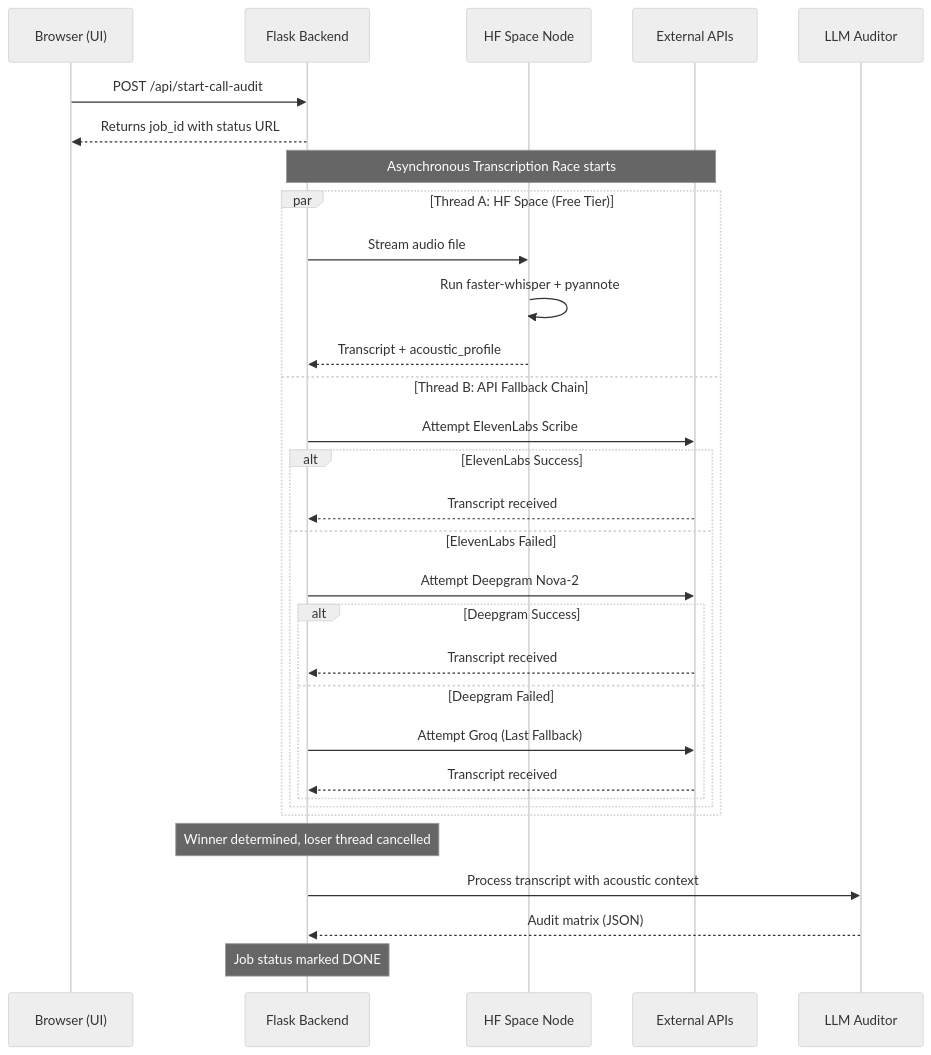
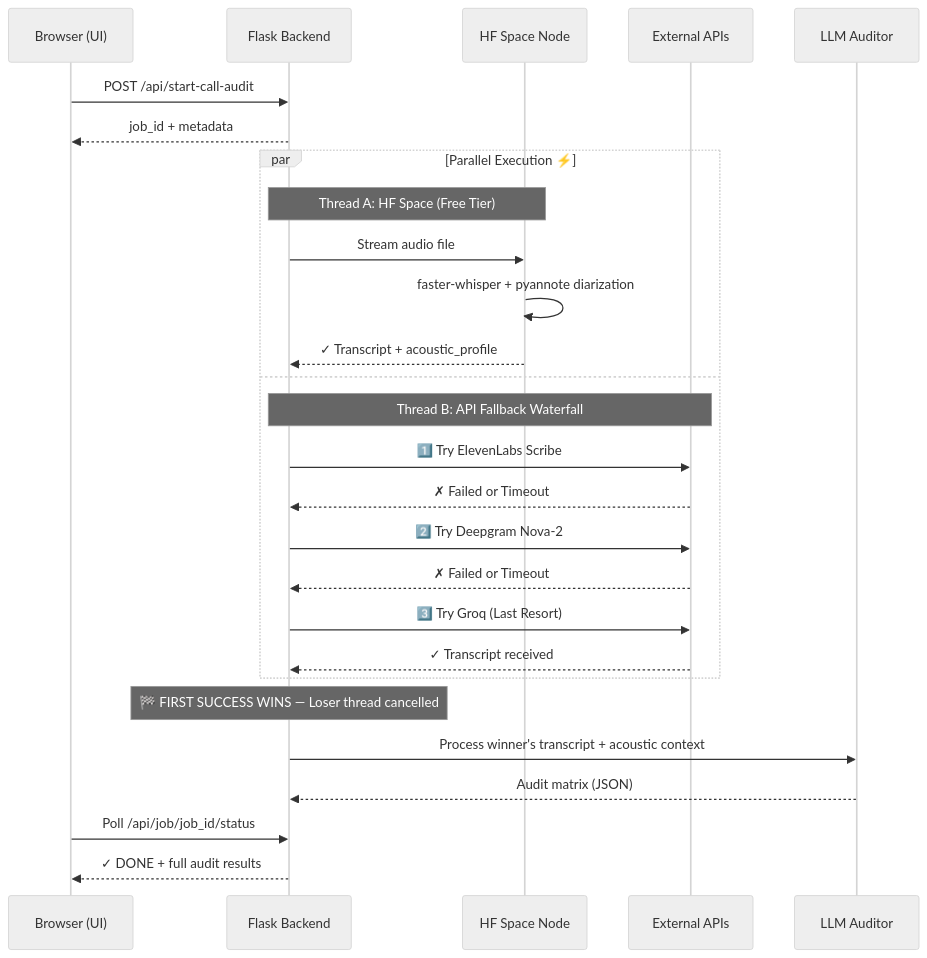
The diagram in README.md (prathamamritkar/genAI-qualityBot), drawn with Mermaid (neutral theme) before and after one commit.

````diff
--- a/README.md
+++ b/README.md
@@ -74,39 +74,34 @@
 ```mermaid
 sequenceDiagram
     participant UI as Browser (UI)
     participant API as Flask Backend
     participant HF as HF Space Node
     participant EXT as External APIs
     participant LLM as LLM Auditor
 
     UI->>API: POST /api/start-call-audit
-    API-->>UI: Returns job_id with status URL
+    API-->>UI: job_id + metadata
     
-    Note over API,EXT: Asynchronous Transcription Race starts
-    
-    par Thread A: HF Space (Free Tier)
+    par Parallel Execution ⚡
+        Note over API,HF: Thread A: HF Space (Free Tier)
         API->>HF: Stream audio file
-        HF->>HF: Run faster-whisper + pyannote
-        HF-->>API: Transcript + acoustic_profile
-    and Thread B: API Fallback Chain
-        API->>EXT: Attempt ElevenLabs Scribe
-        alt ElevenLabs Success
-            EXT-->>API: Transcript received
-        else ElevenLabs Failed
-            API->>EXT: Attempt Deepgram Nova-2
-            alt Deepgram Success
-                EXT-->>API: Transcript received
-            else Deepgram Failed
-                API->>EXT: Attempt Groq (Last Fallback)
-                EXT-->>API: Transcript received
-            end
-        end
+        HF->>HF: faster-whisper + pyannote diarization
+        HF-->>API: ✓ Transcript + acoustic_profile
+    and
+        Note over API,EXT: Thread B: API Fallback Waterfall
+        API->>EXT: 1️⃣ Try ElevenLabs Scribe
+        EXT-->>API: ✗ Failed or Timeout
+        API->>EXT: 2️⃣ Try Deepgram Nova-2
+        EXT-->>API: ✗ Failed or Timeout
+        API->>EXT: 3️⃣ Try Groq (Last Resort)
+        EXT-->>API: ✓ Transcript received
     end
     
-    Note over API: Winner determined, loser thread cancelled
+    Note over API: 🏁 FIRST SUCCESS WINS — Loser thread cancelled
     
-    API->>LLM: Process transcript with acoustic context
+    API->>LLM: Process winner's transcript + acoustic context
     LLM-->>API: Audit matrix (JSON)
     
-    Note over API: Job status marked DONE
+    UI->>API: Poll /api/job/job_id/status
+    API-->>UI: ✓ DONE + full audit results
 ```
````
